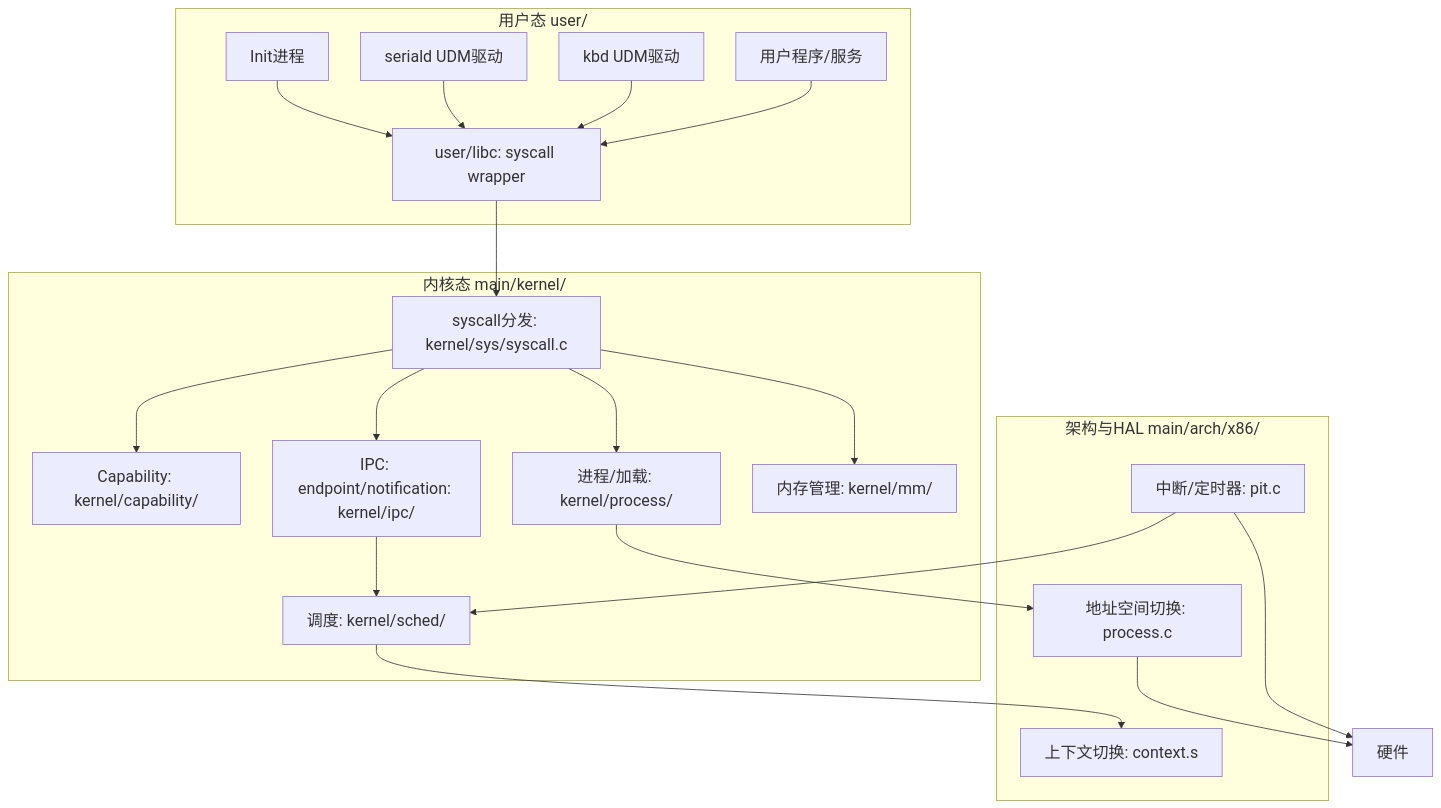
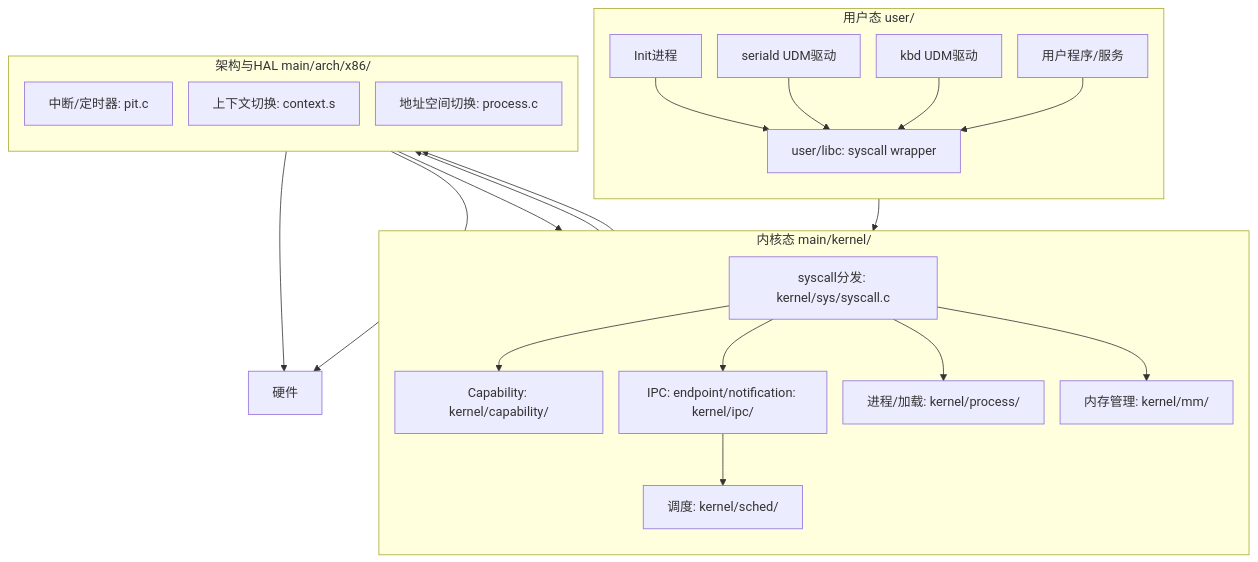
One commit to SH-XiaoXiu/xnix changed the third of 5 diagrams in README.md. Above: the diagram before and after it, drawn with Mermaid. The commit also changed other lines of this file, not shown here.

Commit message:
style(docs): 更新Mermaid

````diff
--- a/README.md
+++ b/README.md
@@ -119,47 +119,50 @@
 ```mermaid
-%%{init: {'flowchart': {'useMaxWidth': false, 'nodeSpacing': 40, 'rankSpacing': 60}, 'themeVariables': {'fontSize': '20px'}}}%%
+%%{init: {'flowchart': {'nodeSpacing': 20, 'rankSpacing': 40}, 'themeVariables': {'fontSize': '16px'}}}%%
 graph TB
     subgraph UserSpace["用户态 user/"]
+        direction TB
         U_Init["Init进程"]
         U_DrvSerial["seriald UDM驱动"]
         U_DrvKbd["kbd UDM驱动"]
         U_App["用户程序/服务"]
         U_Libc["user/libc: syscall wrapper"]
     end
 
     subgraph KernelSpace["内核态 main/kernel/"]
+        direction TB
         K_Sys["syscall分发: kernel/sys/syscall.c"]
         K_Cap["Capability: kernel/capability/"]
         K_IPC["IPC: endpoint/notification: kernel/ipc/"]
         K_Sched["调度: kernel/sched/"]
         K_Proc["进程/加载: kernel/process/"]
         K_MM["内存管理: kernel/mm/"]
     end
 
     subgraph ArchHAL["架构与HAL main/arch/x86/"]
+        direction TB
         A_IRQ["中断/定时器: pit.c"]
         A_Ctx["上下文切换: context.s"]
         A_AS["地址空间切换: process.c"]
     end
 
     HW["硬件"]
 
     U_Init --> U_Libc
     U_DrvSerial --> U_Libc
     U_DrvKbd --> U_Libc
     U_App --> U_Libc
 
     U_Libc --> K_Sys
 
     K_Sys --> K_Cap
     K_Sys --> K_IPC
     K_Sys --> K_Proc
     K_Sys --> K_MM
 
     K_IPC --> K_Sched
     K_Sched --> A_Ctx
     K_Proc --> A_AS
     A_IRQ --> K_Sched
     A_AS --> HW
     A_IRQ --> HW
 ```
````
